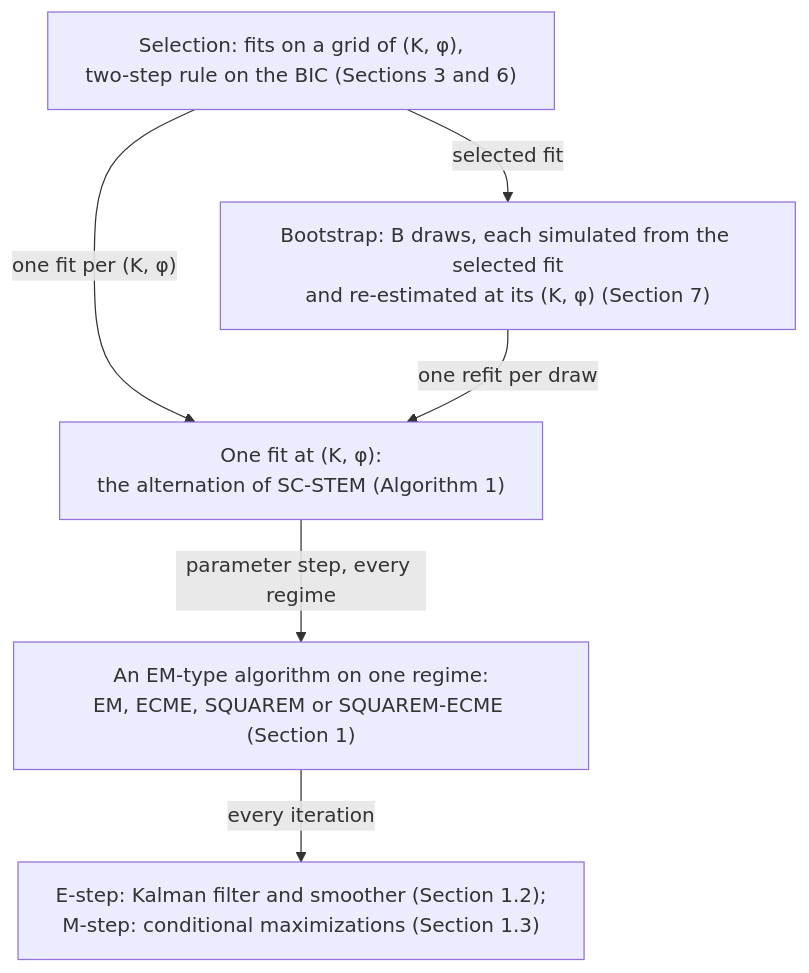
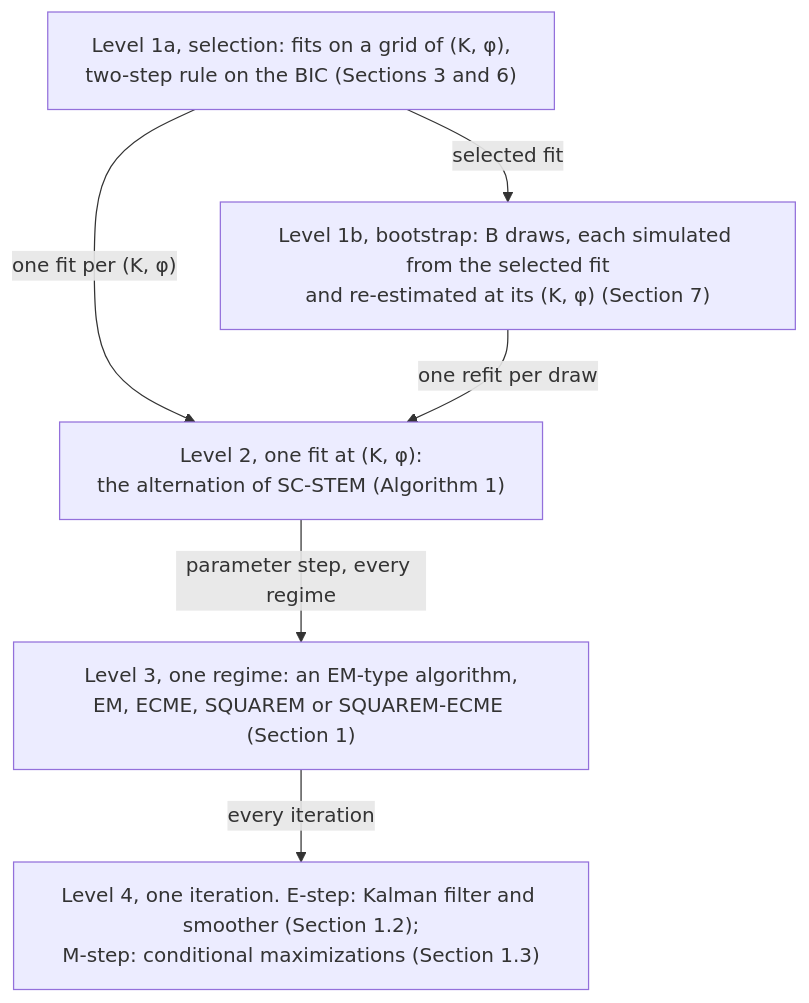
Before and after one commit to PaoloMaranzano/Stem: the first of 6 diagrams in docs/computational-aspects.md, drawn with Mermaid. The commit also changed other lines of this file and 19 other files, not shown here.

````diff
--- a/docs/computational-aspects.md
+++ b/docs/computational-aspects.md
@@ -54,9 +73,9 @@
 ```mermaid
 %%{init: {"flowchart": {"wrappingWidth": 400}}}%%
 flowchart TD
-    SEL["Selection: fits on a grid of (K, φ),<br/>two-step rule on the BIC (Sections 3 and 6)"] -->|"one fit per (K, φ)"| FIT["One fit at (K, φ):<br/>the alternation of SC-STEM (Algorithm 1)"]
-    SEL -->|"selected fit"| BOOT["Bootstrap: B draws, each simulated from the selected fit<br/>and re-estimated at its (K, φ) (Section 7)"]
+    SEL["Level 1a, selection: fits on a grid of (K, φ),<br/>two-step rule on the BIC (Sections 3 and 6)"] -->|"one fit per (K, φ)"| FIT["Level 2, one fit at (K, φ):<br/>the alternation of SC-STEM (Algorithm 1)"]
+    SEL -->|"selected fit"| BOOT["Level 1b, bootstrap: B draws, each simulated from the selected fit<br/>and re-estimated at its (K, φ) (Section 7)"]
     BOOT -->|"one refit per draw"| FIT
-    FIT -->|"parameter step, every regime"| REG["An EM-type algorithm on one regime:<br/>EM, ECME, SQUAREM or SQUAREM-ECME (Section 1)"]
-    REG -->|"every iteration"| KF["E-step: Kalman filter and smoother (Section 1.2);<br/>M-step: conditional maximizations (Section 1.3)"]
+    FIT -->|"parameter step, every regime"| REG["Level 3, one regime: an EM-type algorithm,<br/>EM, ECME, SQUAREM or SQUAREM-ECME (Section 1)"]
+    REG -->|"every iteration"| KF["Level 4, one iteration. E-step: Kalman filter and smoother (Section 1.2);<br/>M-step: conditional maximizations (Section 1.3)"]
 ```
````
